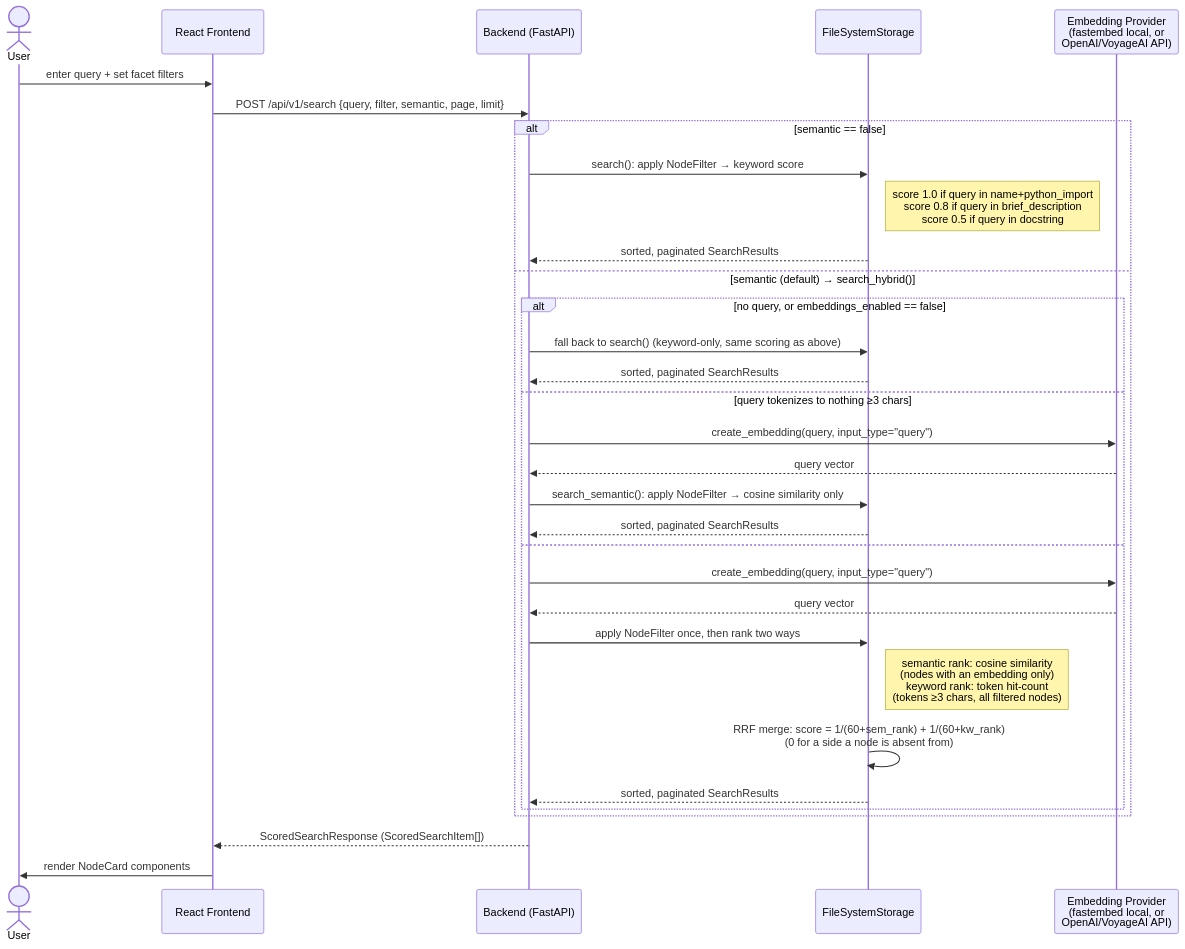
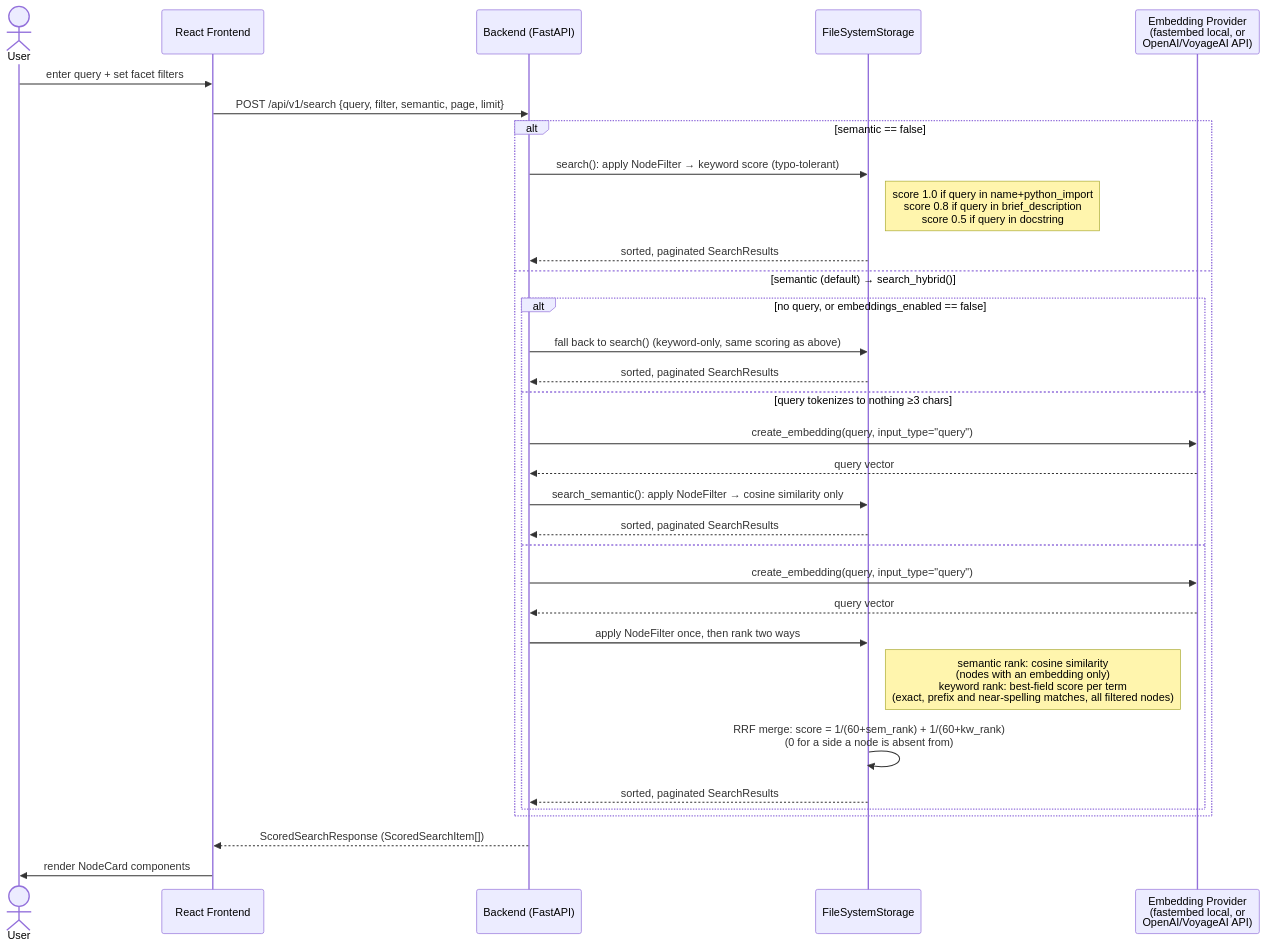
The third of 3 diagrams in docs/architecture.md (XzzX/sim_atlas), drawn with Mermaid before and after one commit. The commit also changed 3 other files, not shown here.

First line of the commit message:
Make keyword search typo-tolerant with best-field scoring

````diff
--- a/docs/architecture.md
+++ b/docs/architecture.md
@@ -131,35 +131,35 @@
 ```mermaid
 sequenceDiagram
     actor U as User
     participant F as React Frontend
     participant B as Backend (FastAPI)
     participant S as FileSystemStorage
     participant E as Embedding Provider<br/>(fastembed local, or<br/>OpenAI/VoyageAI API)
 
     U->>F: enter query + set facet filters
     F->>B: POST /api/v1/search {query, filter, semantic, page, limit}
     alt semantic == false
-        B->>S: search(): apply NodeFilter → keyword score
+        B->>S: search(): apply NodeFilter → keyword score (typo-tolerant)
         Note right of S: score 1.0 if query in name+python_import<br/>score 0.8 if query in brief_description<br/>score 0.5 if query in docstring
         S-->>B: sorted, paginated SearchResults
     else semantic (default) → search_hybrid()
         alt no query, or embeddings_enabled == false
             B->>S: fall back to search() (keyword-only, same scoring as above)
             S-->>B: sorted, paginated SearchResults
         else query tokenizes to nothing ≥3 chars
             B->>E: create_embedding(query, input_type="query")
             E-->>B: query vector
             B->>S: search_semantic(): apply NodeFilter → cosine similarity only
             S-->>B: sorted, paginated SearchResults
         else
             B->>E: create_embedding(query, input_type="query")
             E-->>B: query vector
             B->>S: apply NodeFilter once, then rank two ways
-            Note right of S: semantic rank: cosine similarity<br/>(nodes with an embedding only)<br/>keyword rank: token hit-count<br/>(tokens ≥3 chars, all filtered nodes)
+            Note right of S: semantic rank: cosine similarity<br/>(nodes with an embedding only)<br/>keyword rank: best-field score per term<br/>(exact, prefix and near-spelling matches, all filtered nodes)
             S->>S: RRF merge: score = 1/(60+sem_rank) + 1/(60+kw_rank)<br/>(0 for a side a node is absent from)
             S-->>B: sorted, paginated SearchResults
         end
     end
     B-->>F: ScoredSearchResponse (ScoredSearchItem[])
     F->>U: render NodeCard components
 ```
````
